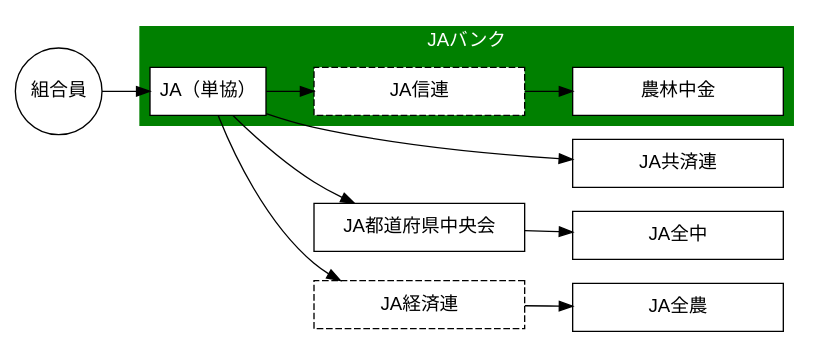
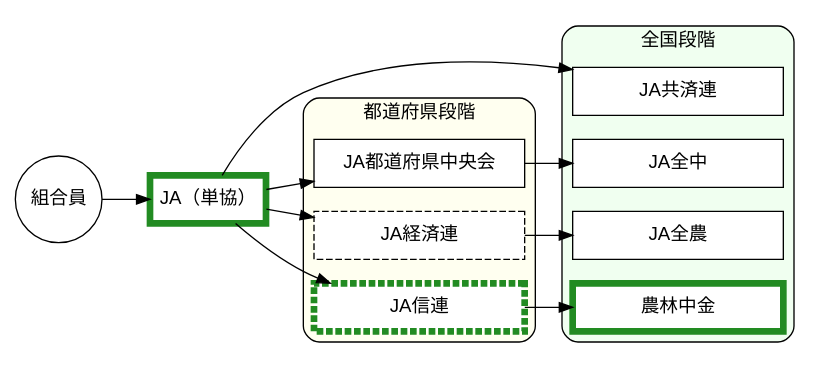
Before and after one commit to takeshinishimura/Cooperative: the diagram in Graphviz/Systematic_organization_of_jabank.gv, drawn with Graphviz. The commit also changed 31 other files, not shown here.

```diff
--- a/Graphviz/Systematic_organization_of_jabank.gv
+++ b/Graphviz/Systematic_organization_of_jabank.gv
@@ -1,34 +1,43 @@
-digraph ja_bank {
+digraph ja {
   graph [rankdir = LR]
 
   node [fontname = Helvetica,
     shape = box,
     fixedsize = false,
     style = filled,
     fillcolor = white]
   組合員 [shape = circle, width = 0.9]
   JA（単協）
   node [width = 2.2]
   JA共済連; JA都道府県中央会; JA全農; 農林中金; JA全中
-  node [width = 2.2,
-    shape = box,
-    style = "dashed,filled"]
+  node [style = "dashed,filled"]
   JA経済連; JA信連
+
+  JA（単協） [color = "#228B22", penwidth = 5]
+  JA信連 [color = "#228B22", penwidth = 5]
+  農林中金 [color = "#228B22", penwidth = 5]
 
   edge []
   組合員 -> JA（単協）
   JA（単協） -> JA経済連 -> JA全農
   JA（単協） -> JA共済連
   JA（単協） -> JA信連 -> 農林中金
   JA（単協） -> JA都道府県中央会 -> JA全中
 
-  {rank = sink; JA全農; JA共済連; JA全中}
-  subgraph cluster2 {
-    label = "JAバンク"
+  subgraph cluster1 {
+    label = "都道府県段階"
     fontname = Helvetica
-    fontcolor = white
-    bgcolor = "#008000"
-    color = none
-    JA（単協）; JA信連; 農林中金
+    bgcolor = ivory
+    style = rounded
+    JA信連 -> JA経済連 -> JA都道府県中央会 [style=invis, constraint=true]
+    {rank = same; JA経済連; JA信連; JA都道府県中央会}
+  }
+  subgraph cluster0 {
+    label = "全国段階"
+    fontname = Helvetica
+    bgcolor = honeydew
+    style = rounded
+    農林中金 -> JA全農 -> JA全中 -> JA共済連 [style=invis, constraint=false]
+    {rank = same; JA全農; JA共済連; 農林中金; JA全中}
   }
 }
```
